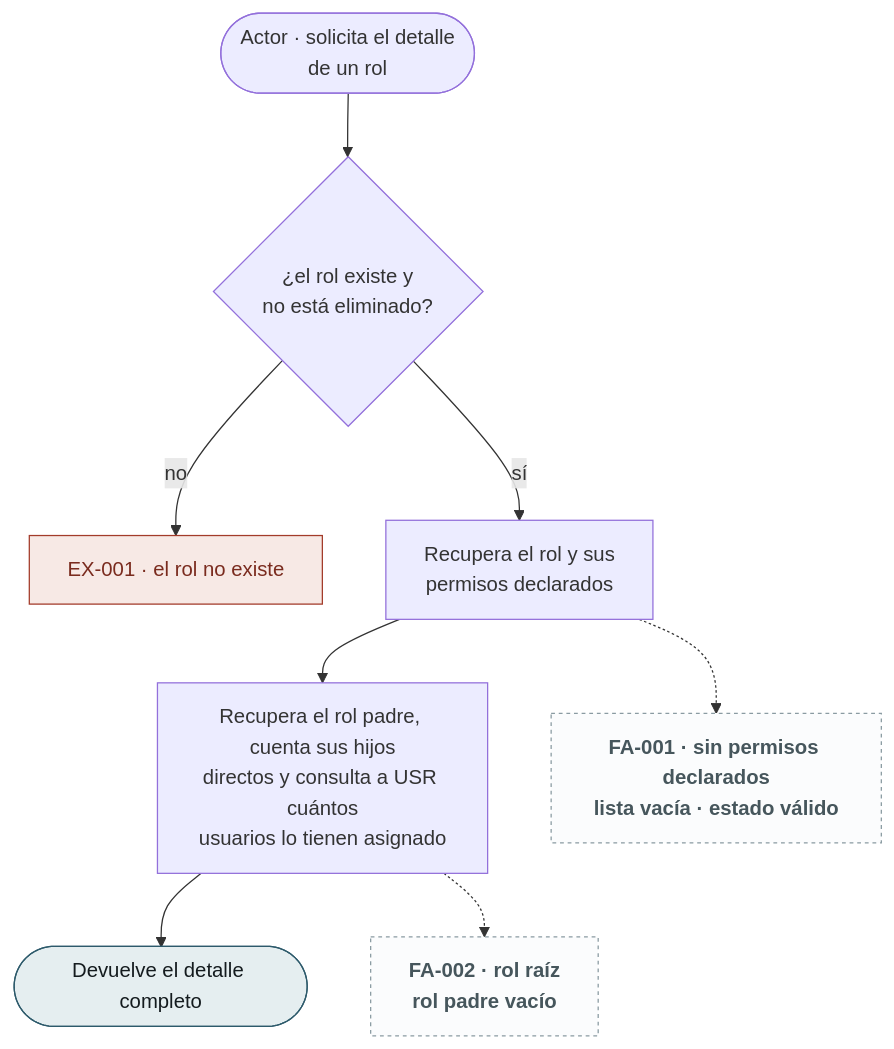
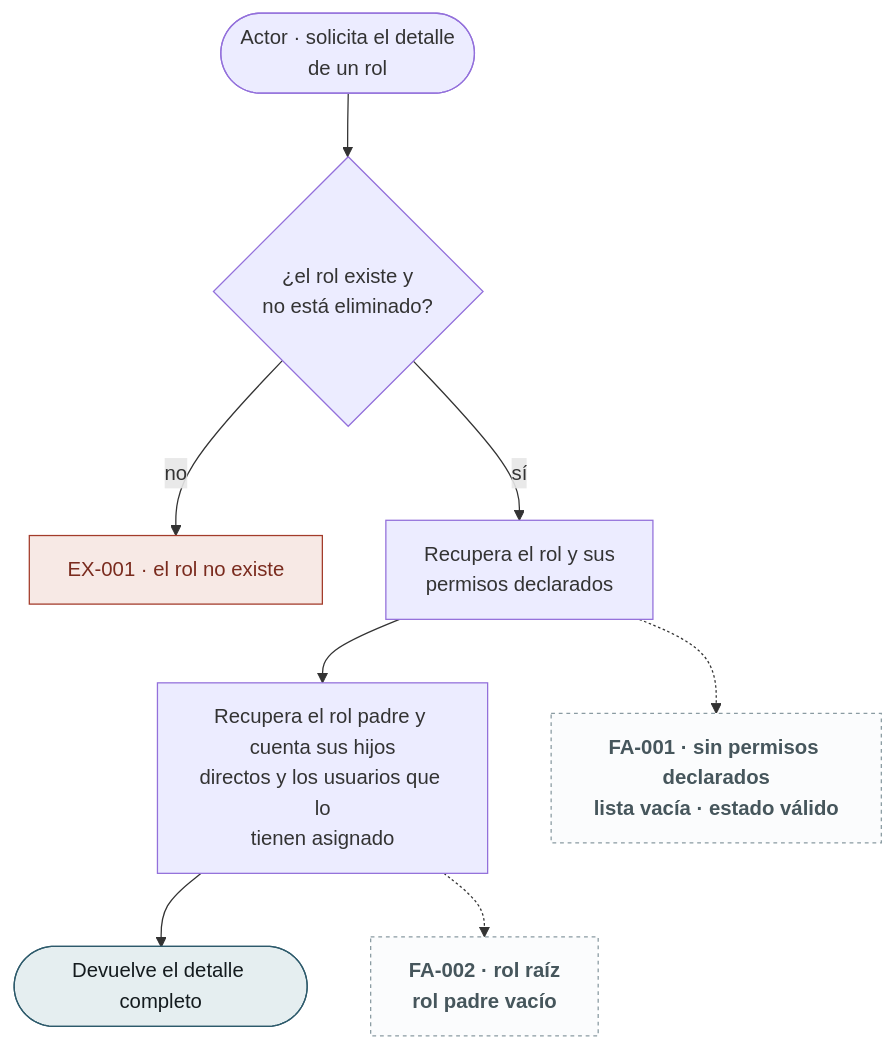
Before and after one commit to NexusPro-Dev/backend: the third of 21 diagrams in docs/specs/sp/flujos-por-caso.md, drawn with Mermaid. The commit also changed 77 other files, not shown here.

````diff
--- a/docs/specs/sp/flujos-por-caso.md
+++ b/docs/specs/sp/flujos-por-caso.md
@@ -95,18 +95,18 @@
 ```mermaid
 flowchart TD
     A(["Actor · solicita el detalle<br/>de un rol"])
     A --> V1{"¿el rol existe y<br/>no está eliminado?"}
     V1 -->|no| E1["EX-001 · el rol no existe"]
     V1 -->|sí| P1["Recupera el rol y sus<br/>permisos declarados"]
-    P1 --> P2["Recupera el rol padre, cuenta sus hijos<br/>directos y consulta a USR cuántos<br/>usuarios lo tienen asignado"]
+    P1 --> P2["Recupera el rol padre y cuenta sus hijos<br/>directos y los usuarios que lo<br/>tienen asignado"]
     P2 --> FIN(["Devuelve el detalle completo"])
     P1 -.-> N1["FA-001 · sin permisos declarados<br/>lista vacía · estado válido"]
     P2 -.-> N2["FA-002 · rol raíz<br/>rol padre vacío"]
 
     classDef ex fill:#F7E9E5,stroke:#A33B2A,color:#7A2B1E
     classDef ok fill:#E5EEF0,stroke:#2D5A6B,color:#141B1E
     classDef fa fill:#FBFCFD,stroke:#8A9BA2,stroke-dasharray:3 3,color:#46565C
     class E1 ex
     class FIN ok
     class N1,N2 fa
 ```
````
